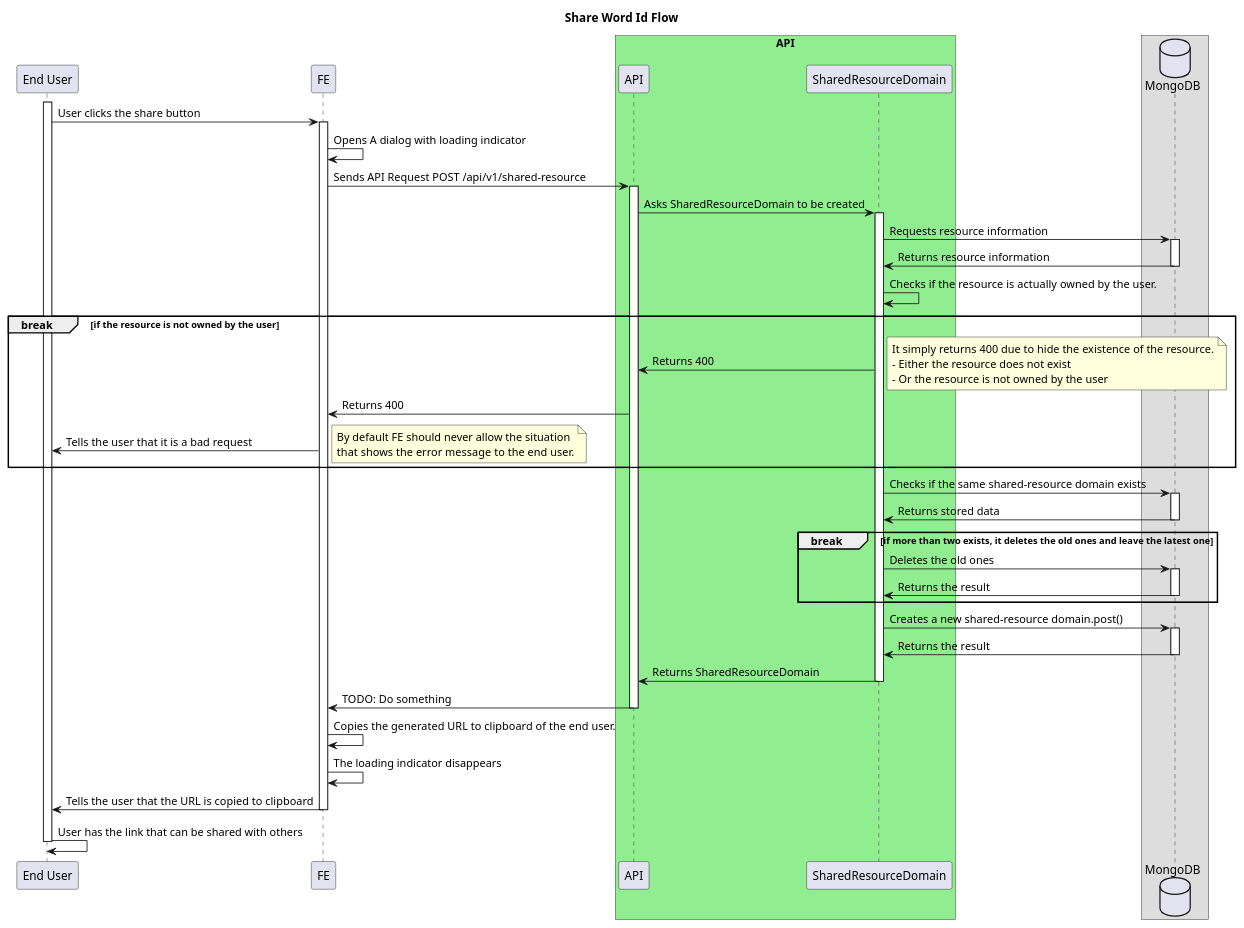
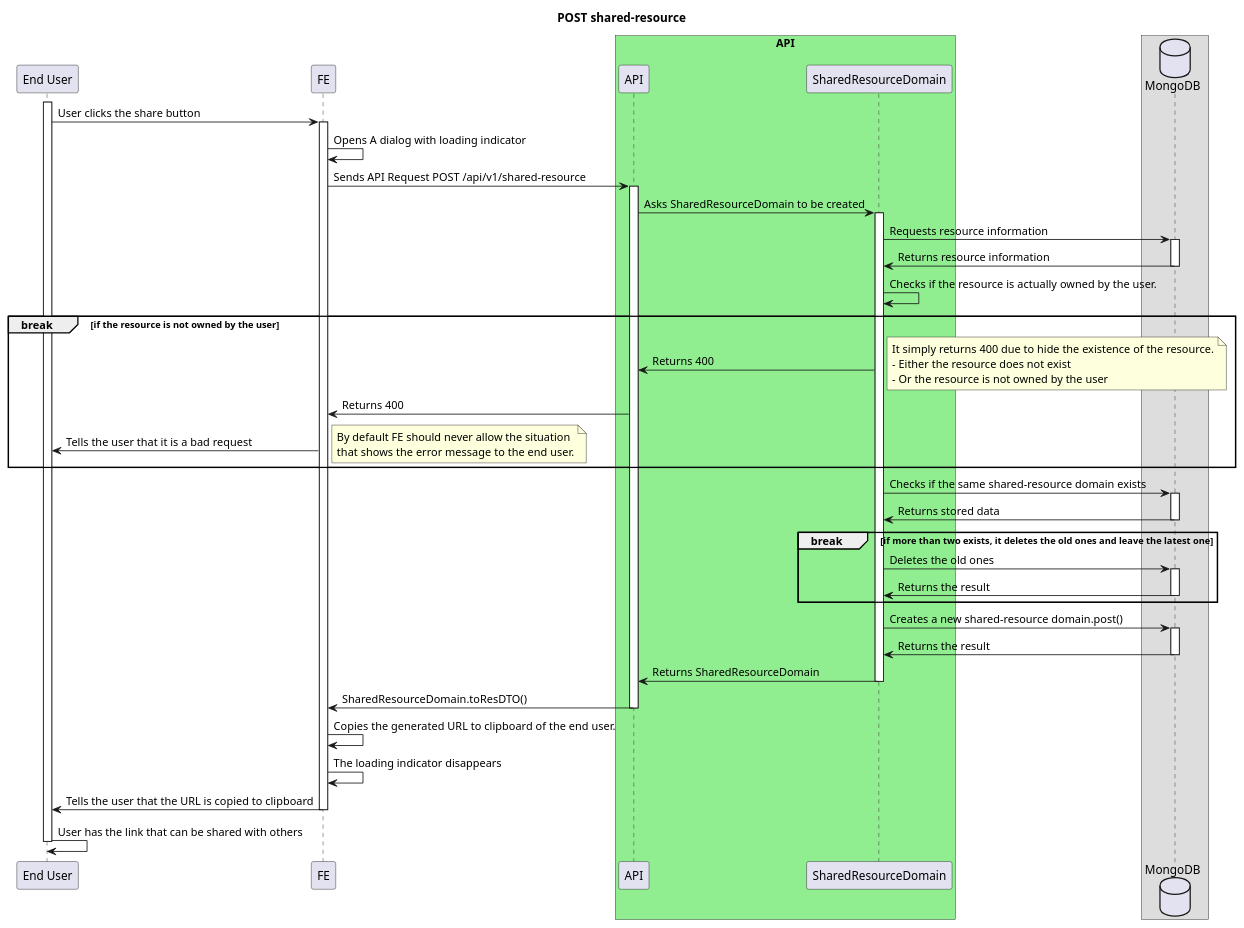
One commit to ajktown/docs changed the first of 2 diagrams in api/share-feature.md. Above: the diagram before and after it, drawn with PlantUML. The commit also changed other lines of this file, not shown here.

Commit message:
doc: get shared resource

````diff
--- a/api/share-feature.md
+++ b/api/share-feature.md
@@ -19,68 +20,68 @@
 ```plantuml
 
 @startuml
 
-title Share Word Id Flow
+title POST shared-resource
 
 participant "End User" as user
 participant "FE" as fe
 box "API" #Lightgreen
   participant "API" as api
   participant "SharedResourceDomain" as domain
 box
 database "MongoDB" as db
 
 activate user
   user -> fe: User clicks the share button
   activate fe
     fe -> fe: Opens A dialog with loading indicator
     fe -> api: Sends API Request POST /api/v1/shared-resource
     activate api
       api -> domain: Asks SharedResourceDomain to be created
       activate domain
         domain -> db: Requests resource information
         activate db
           domain <- db: Returns resource information
         deactivate db
         domain -> domain: Checks if the resource is actually owned by the user.
         break if the resource is not owned by the user
           api <- domain: Returns 400
           note right
             It simply returns 400 due to hide the existence of the resource.
             - Either the resource does not exist
             - Or the resource is not owned by the user
           end note
           fe <- api: Returns 400
           user <- fe: Tells the user that it is a bad request
           note right
             By default FE should never allow the situation
             that shows the error message to the end user.
           end note
         end break
         domain -> db: Checks if the same shared-resource domain exists
         activate db
           domain <- db: Returns stored data
         deactivate db
         break if more than two exists, it deletes the old ones and leave the latest one
           domain -> db: Deletes the old ones
           activate db
             domain <- db: Returns the result
           deactivate db
         end break
         domain -> db: Creates a new shared-resource domain.post()
         activate db
           domain <- db: Returns the result
         deactivate db
         api <- domain: Returns SharedResourceDomain
       deactivate domain
-      fe <- api: TODO: Do something
+      fe <- api: SharedResourceDomain.toResDTO()
     deactivate api
   fe -> fe: Copies the generated URL to clipboard of the end user.
   fe -> fe: The loading indicator disappears
   user <- fe: Tells the user that the URL is copied to clipboard
   deactivate fe
   user -> user: User has the link that can be shared with others
 deactivate user
 
 
 ```
````
